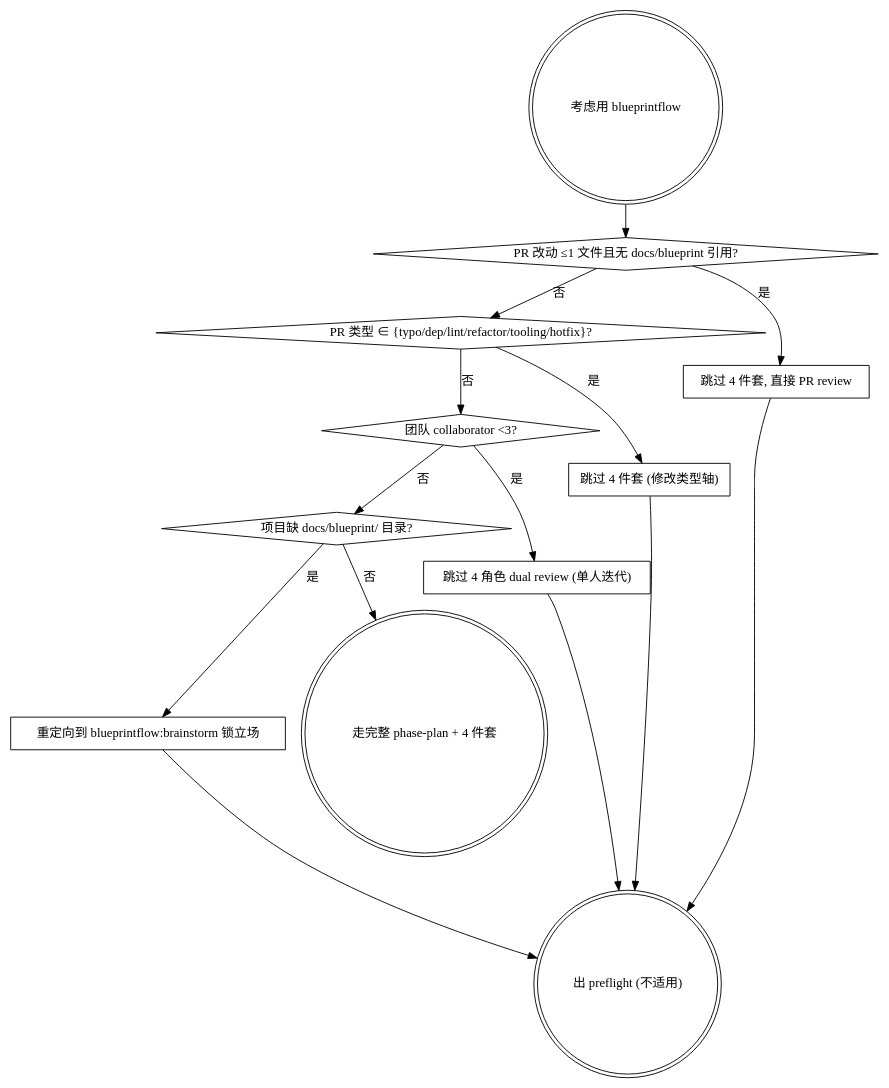
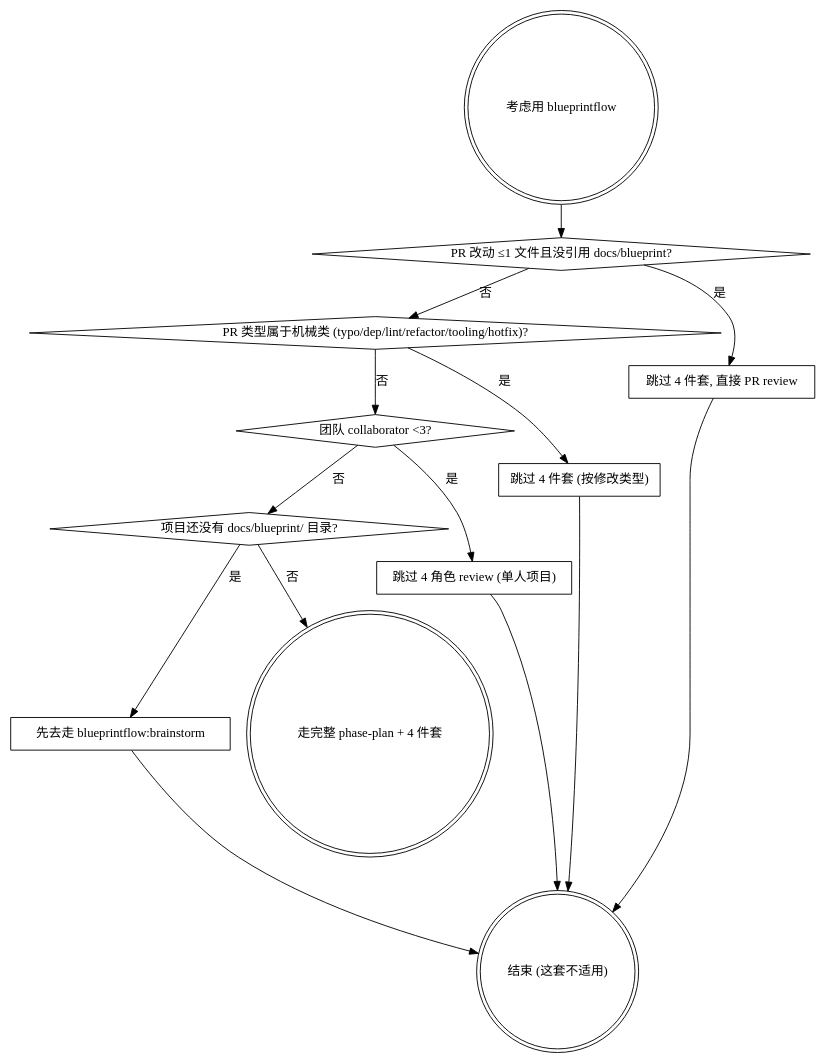
The diagram in skills/blueprintflow-phase-plan/SKILL.md (codetreker/blueprintflow), drawn with Graphviz before and after one commit. The commit also changed other lines of this file, not shown here.

First line of the commit message:
docs(phase-plan): 改写成人话

````diff
--- a/skills/blueprintflow-phase-plan/SKILL.md
+++ b/skills/blueprintflow-phase-plan/SKILL.md
@@ -15,32 +15,32 @@
 ```dot
 digraph phase_plan_preflight {
     "考虑用 blueprintflow" [shape=doublecircle];
-    "PR 改动 ≤1 文件且无 docs/blueprint 引用?" [shape=diamond];
-    "PR 类型 ∈ {typo/dep/lint/refactor/tooling/hotfix}?" [shape=diamond];
+    "PR 改动 ≤1 文件且没引用 docs/blueprint?" [shape=diamond];
+    "PR 类型属于机械类 (typo/dep/lint/refactor/tooling/hotfix)?" [shape=diamond];
     "团队 collaborator <3?" [shape=diamond];
-    "项目缺 docs/blueprint/ 目录?" [shape=diamond];
+    "项目还没有 docs/blueprint/ 目录?" [shape=diamond];
     "跳过 4 件套, 直接 PR review" [shape=box];
-    "跳过 4 件套 (修改类型轴)" [shape=box];
-    "跳过 4 角色 dual review (单人迭代)" [shape=box];
-    "重定向到 blueprintflow:brainstorm 锁立场" [shape=box];
+    "跳过 4 件套 (按修改类型)" [shape=box];
+    "跳过 4 角色 review (单人项目)" [shape=box];
+    "先去走 blueprintflow:brainstorm" [shape=box];
     "走完整 phase-plan + 4 件套" [shape=doublecircle];
-    "出 preflight (不适用)" [shape=doublecircle];
+    "结束 (这套不适用)" [shape=doublecircle];
 
-    "考虑用 blueprintflow" -> "PR 改动 ≤1 文件且无 docs/blueprint 引用?";
-    "PR 改动 ≤1 文件且无 docs/blueprint 引用?" -> "跳过 4 件套, 直接 PR review" [label="是"];
-    "PR 改动 ≤1 文件且无 docs/blueprint 引用?" -> "PR 类型 ∈ {typo/dep/lint/refactor/tooling/hotfix}?" [label="否"];
-    "跳过 4 件套, 直接 PR review" -> "出 preflight (不适用)";
+    "考虑用 blueprintflow" -> "PR 改动 ≤1 文件且没引用 docs/blueprint?";
+    "PR 改动 ≤1 文件且没引用 docs/blueprint?" -> "跳过 4 件套, 直接 PR review" [label="是"];
+    "PR 改动 ≤1 文件且没引用 docs/blueprint?" -> "PR 类型属于机械类 (typo/dep/lint/refactor/tooling/hotfix)?" [label="否"];
+    "跳过 4 件套, 直接 PR review" -> "结束 (这套不适用)";
 
-    "PR 类型 ∈ {typo/dep/lint/refactor/tooling/hotfix}?" -> "跳过 4 件套 (修改类型轴)" [label="是"];
-    "PR 类型 ∈ {typo/dep/lint/refactor/tooling/hotfix}?" -> "团队 collaborator <3?" [label="否"];
-    "跳过 4 件套 (修改类型轴)" -> "出 preflight (不适用)";
+    "PR 类型属于机械类 (typo/dep/lint/refactor/tooling/hotfix)?" -> "跳过 4 件套 (按修改类型)" [label="是"];
+    "PR 类型属于机械类 (typo/dep/lint/refactor/tooling/hotfix)?" -> "团队 collaborator <3?" [label="否"];
+    "跳过 4 件套 (按修改类型)" -> "结束 (这套不适用)";
 
-    "团队 collaborator <3?" -> "跳过 4 角色 dual review (单人迭代)" [label="是"];
-    "团队 collaborator <3?" -> "项目缺 docs/blueprint/ 目录?" [label="否"];
-    "跳过 4 角色 dual review (单人迭代)" -> "出 preflight (不适用)";
+    "团队 collaborator <3?" -> "跳过 4 角色 review (单人项目)" [label="是"];
+    "团队 collaborator <3?" -> "项目还没有 docs/blueprint/ 目录?" [label="否"];
+    "跳过 4 角色 review (单人项目)" -> "结束 (这套不适用)";
 
-    "项目缺 docs/blueprint/ 目录?" -> "重定向到 blueprintflow:brainstorm 锁立场" [label="是"];
-    "项目缺 docs/blueprint/ 目录?" -> "走完整 phase-plan + 4 件套" [label="否"];
-    "重定向到 blueprintflow:brainstorm 锁立场" -> "出 preflight (不适用)";
+    "项目还没有 docs/blueprint/ 目录?" -> "先去走 blueprintflow:brainstorm" [label="是"];
+    "项目还没有 docs/blueprint/ 目录?" -> "走完整 phase-plan + 4 件套" [label="否"];
+    "先去走 blueprintflow:brainstorm" -> "结束 (这套不适用)";
 }
 ```
````
